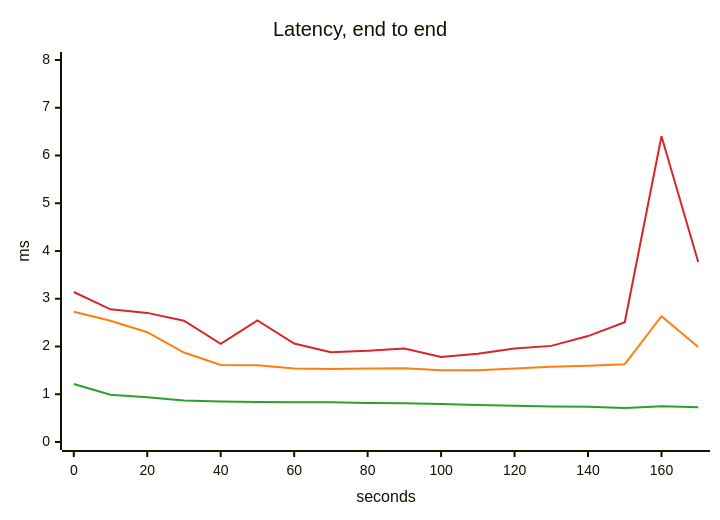
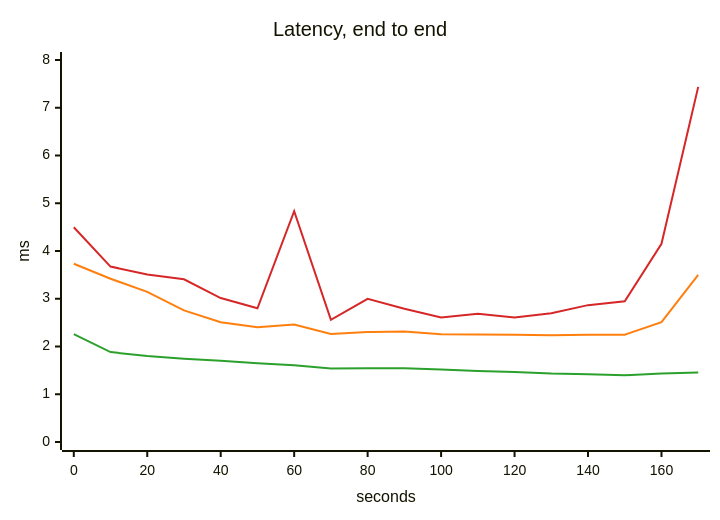
One commit to akinfemi/load-lore changed the third of 5 diagrams in scenarios/stale-orders/solutions/bigger-replica/report.md. Above: the diagram before and after it, drawn with Mermaid. The commit also changed other lines of this file and 49 other files, not shown here.

````diff
--- a/scenarios/stale-orders/solutions/bigger-replica/report.md
+++ b/scenarios/stale-orders/solutions/bigger-replica/report.md
@@ -56,16 +58,16 @@
 ```mermaid
 ---
 config:
   themeVariables:
     xyChart:
       backgroundColor: "transparent"
       plotColorPalette: "#2ca02c, #ff7f0e, #d62728"
 ---
 xychart-beta
     title "Latency, end to end"
     x-axis "seconds" 0 --> 170
     y-axis "ms" 0 --> 8
-    line [1.213, 0.989, 0.935, 0.869, 0.85, 0.838, 0.833, 0.835, 0.818, 0.813, 0.794, 0.775, 0.761, 0.744, 0.736, 0.712, 0.75, 0.729]
-    line [2.726, 2.539, 2.3, 1.873, 1.615, 1.609, 1.541, 1.529, 1.539, 1.544, 1.502, 1.501, 1.537, 1.578, 1.599, 1.629, 2.636, 1.989]
-    line [3.141, 2.778, 2.704, 2.539, 2.057, 2.547, 2.062, 1.879, 1.909, 1.96, 1.779, 1.848, 1.959, 2.013, 2.218, 2.507, 6.404, 3.771]
+    line [2.259, 1.883, 1.801, 1.744, 1.704, 1.649, 1.608, 1.54, 1.543, 1.542, 1.517, 1.488, 1.468, 1.433, 1.42, 1.398, 1.432, 1.453]
+    line [3.733, 3.419, 3.144, 2.756, 2.509, 2.404, 2.46, 2.264, 2.302, 2.314, 2.258, 2.252, 2.245, 2.236, 2.247, 2.248, 2.509, 3.501]
+    line [4.498, 3.674, 3.506, 3.407, 3.015, 2.801, 4.835, 2.558, 2.998, 2.79, 2.61, 2.688, 2.61, 2.698, 2.866, 2.947, 4.152, 7.437]
 ```
````
